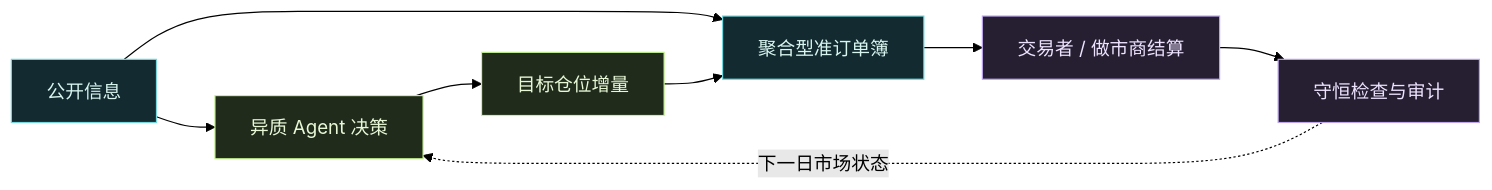
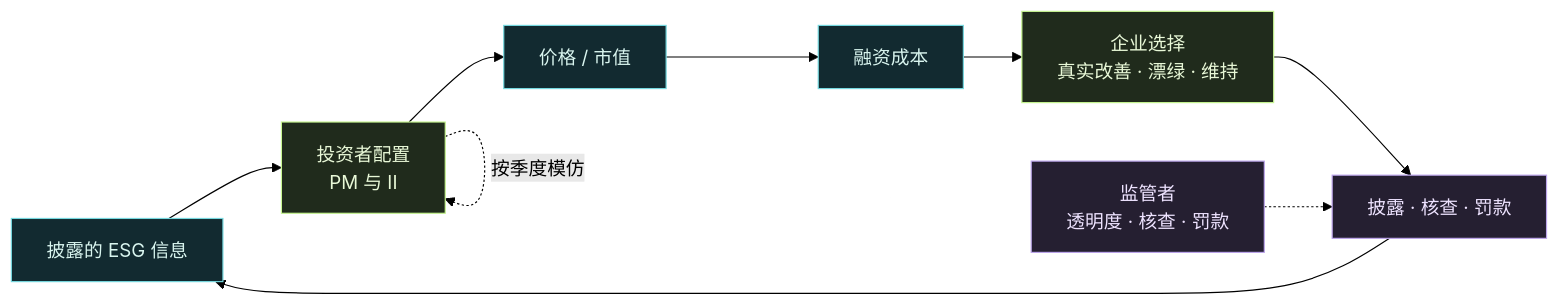
One commit to HarshRajSinghania/financial-ABM changed the diagram in README.md. Above: the diagram before and after it, drawn with Mermaid (forest theme). The commit also changed other lines of this file and 4 other files, not shown here.

First line of the commit message:
docs: present the multi-agent ESG disclosure research on the repository page

````diff
--- a/README.md
+++ b/README.md
@@ -34,16 +44,17 @@
 ```mermaid
 flowchart LR
-    A[公开信息] --> B[异质 Agent 决策]
-    A --> D[聚合型准订单簿]
-    B --> C[目标仓位增量]
-    C --> D
-    D --> E[交易者 / 做市商结算]
-    E --> F[守恒检查与审计]
-    F -. 下一日市场状态 .-> B
+    A[披露的 ESG 信息] --> B[投资者配置<br/>PM 与 II]
+    B --> C[价格 / 市值]
+    C --> D[融资成本]
+    D --> E[企业选择<br/>真实改善 · 漂绿 · 维持]
+    E --> F[披露 · 核查 · 罚款]
+    F --> A
+    G[监管者<br/>透明度 · 核查 · 罚款] -.-> F
+    B -. 按季度模仿 .-> B
     classDef info fill:#122a30,stroke:#75d8df,color:#d9f5ef
     classDef agent fill:#202b1c,stroke:#c6f590,color:#e8f8d7
-    classDef audit fill:#251f31,stroke:#bca5eb,color:#eee3ff
-    class A,D info
-    class B,C agent
-    class E,F audit
+    classDef policy fill:#251f31,stroke:#bca5eb,color:#eee3ff
+    class A,C,D info
+    class B,E agent
+    class F,G policy
 ```
````
